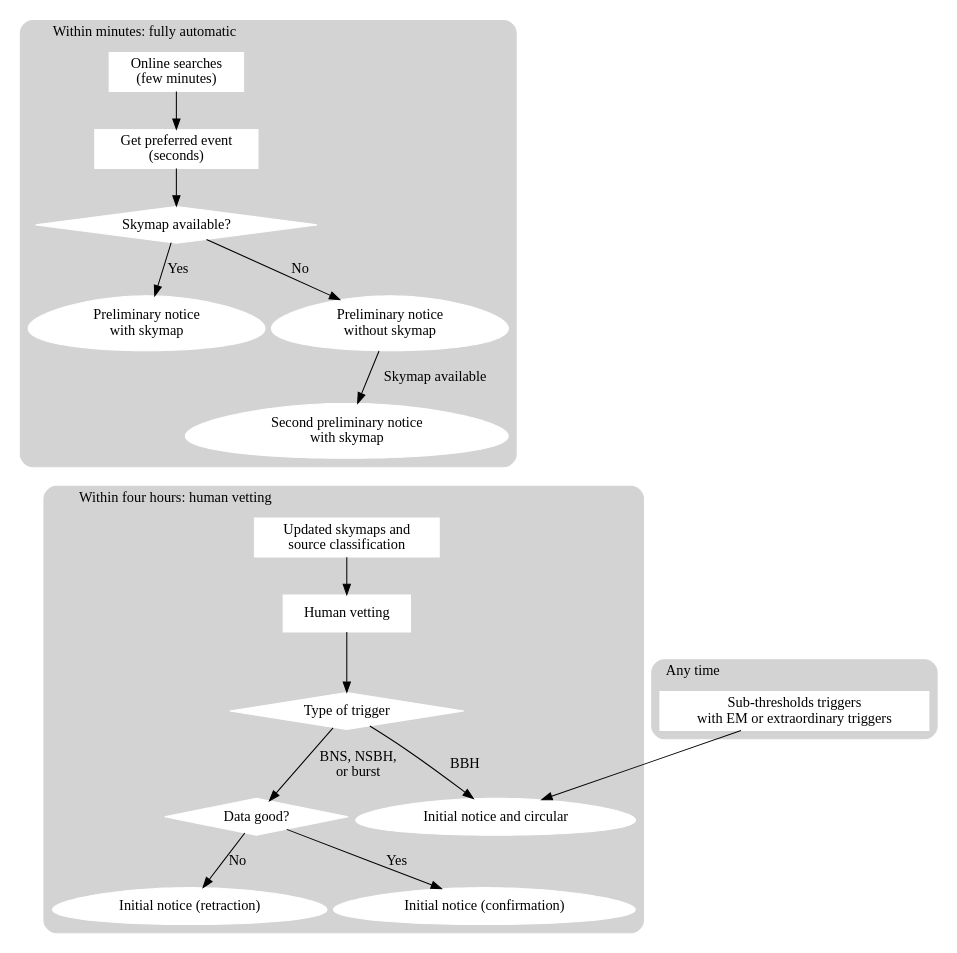
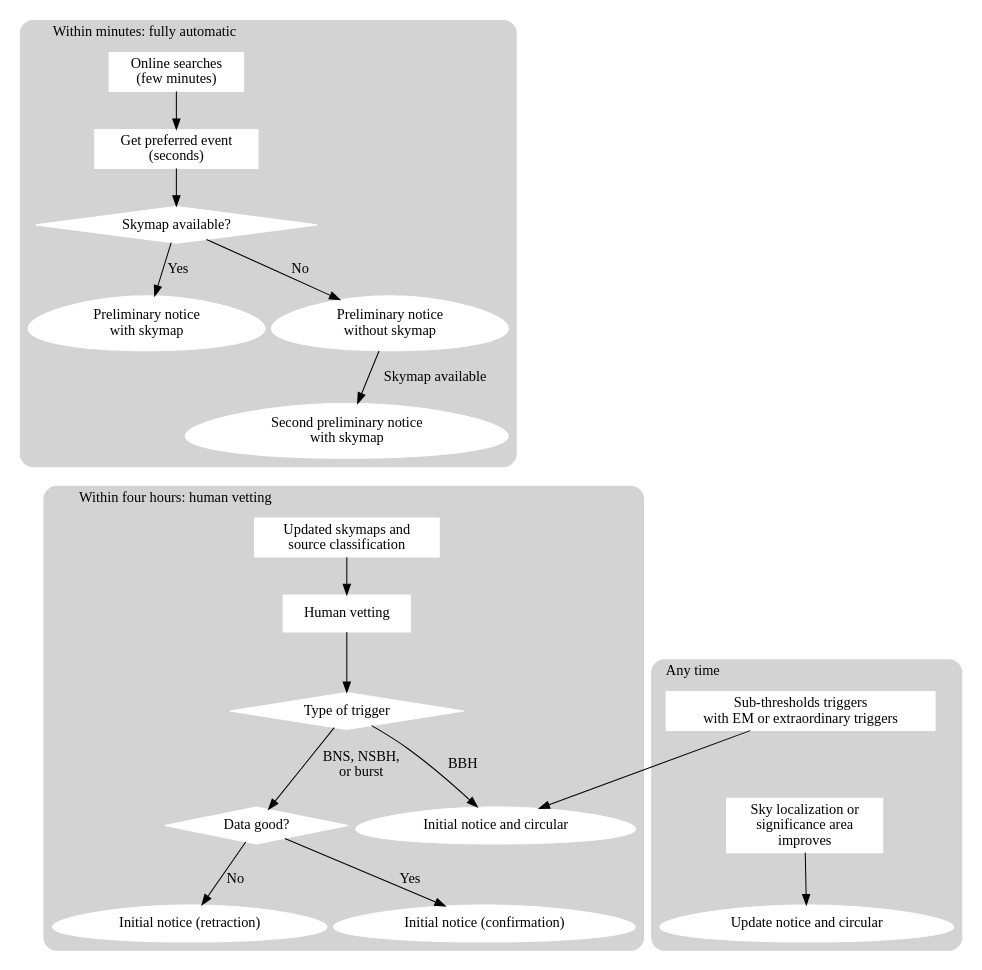
The diagram in procedures/index.rst (lpsinger/userguide), drawn with Graphviz before and after one commit.

Commit message:
Add update notice graph

```diff
--- a/procedures/index.rst
+++ b/procedures/index.rst
@@ -177,7 +177,19 @@
         sub_thres [
             label = "Sub-thresholds triggers\nwith EM or extraordinary triggers"
         ]
+
+        sky_local_improve [
+            label = "Sky localization or \nsignificance area \n improves"
+        ]
+
+        update [
+            label = "Update notice and circular"
+            shape = egg
+        ]
+
         sub_thres -> initial;
+        sub_thres -> sky_local_improve [style=invis]
+        sky_local_improve -> update
         label = "Any time"
     }
 
```
